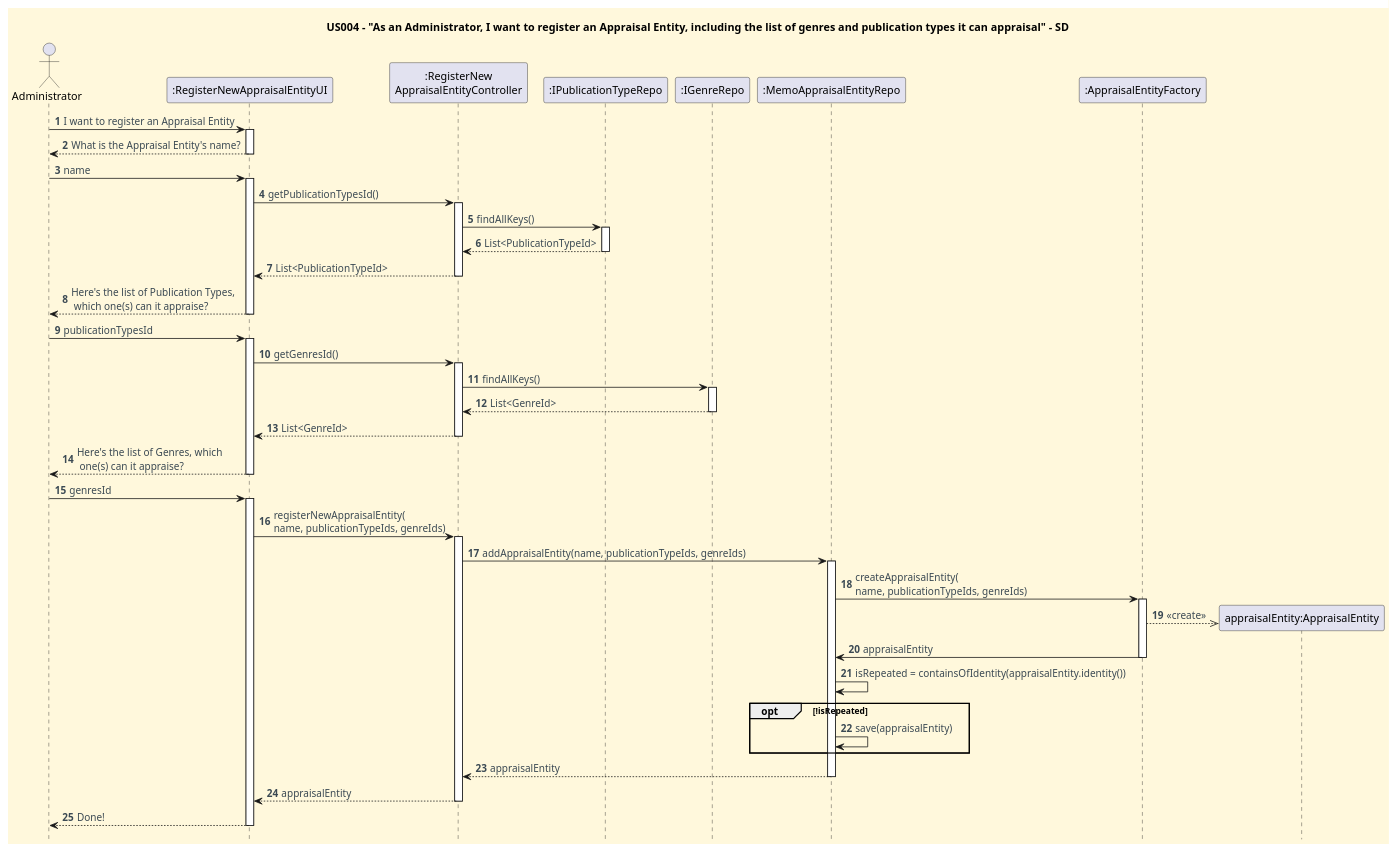
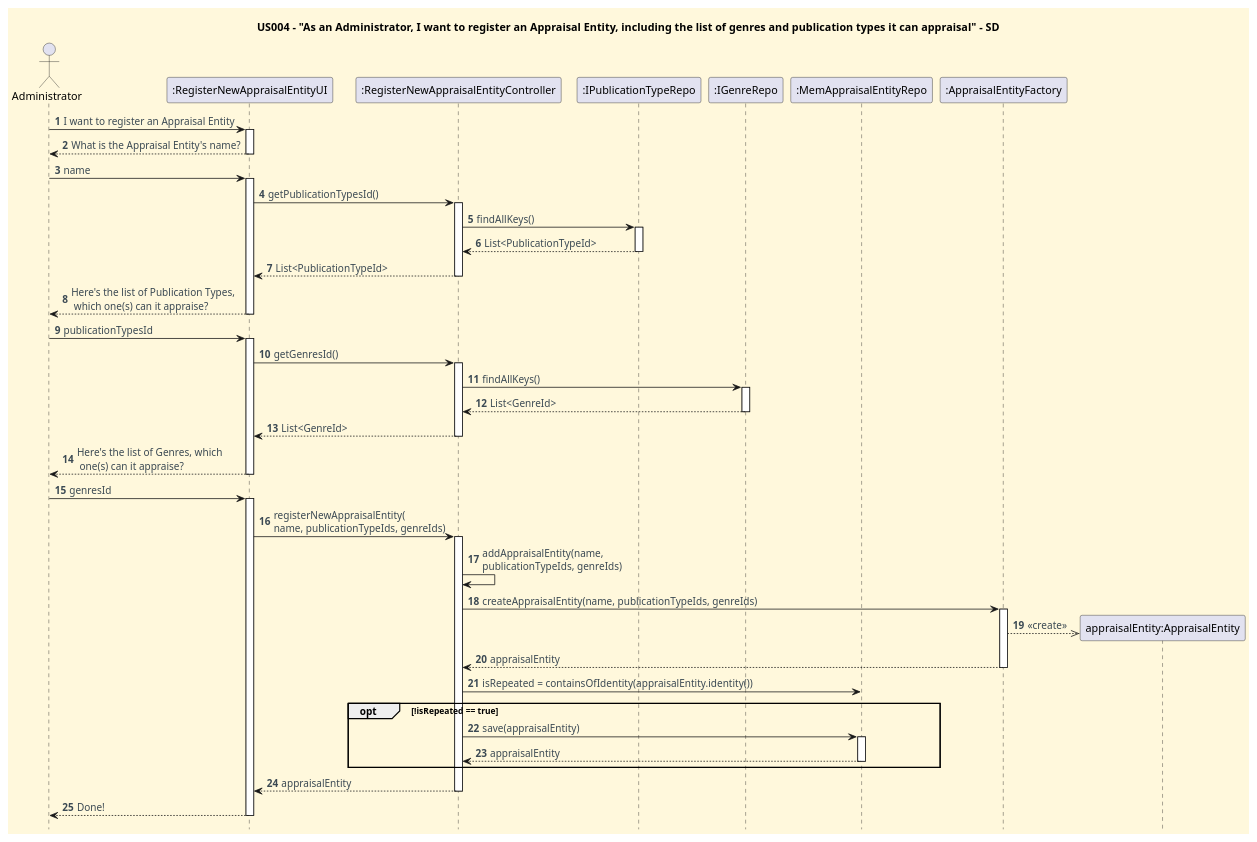
Before and after one commit to CarolinaLeite-collab/JavaMarketplacePlatform: the diagram in docs/user-stories/US004/US004_register_new_appraisal_entity_SD.puml, drawn with PlantUML. The commit also changed 1 other file, not shown here.

Commit message:
docs: updated AddAppraisalEntity method usage from Repository to RegisterNewAppraisalEntityController in SD and CD diagrams - closes #601

```diff
--- a/docs/user-stories/US004/US004_register_new_appraisal_entity_SD.puml
+++ b/docs/user-stories/US004/US004_register_new_appraisal_entity_SD.puml
@@ -1,95 +1,98 @@
 @startuml
 '==== Title ====
 title US004 - "As an Administrator, I want to register an Appraisal Entity, including the list of genres and publication types it can appraisal" - SD
 
 
 '==== basic style ====
 skinparam monochrome false
 skinparam shadowing false
 skinparam defaultFontName Futura
 skinparam objectFontSize 20
 skinparam backgroundColor CornSilk
 skinparam objectBackgroundColor WhiteSmoke
 skinparam noteBackgroundColor #FFFFE0
 skinparam ArrowFontColor #3B4953
 skinparam ActivationBackgroundColor black
 hidefootbox
 autonumber
 
 
 ' ==== Actor and participants ====
 actor Administrator
 participant ":RegisterNewAppraisalEntityUI" as UI
-participant ":RegisterNew\nAppraisalEntityController" as CTL
+participant ":RegisterNewAppraisalEntityController" as CTL
 participant ":IPublicationTypeRepo" as PTR
 participant ":IGenreRepo" as grRepo
-participant ":MemoAppraisalEntityRepo" as aeRepo
+participant ":MemAppraisalEntityRepo" as aeRepo
 participant ":AppraisalEntityFactory" as Factory
 
 
 '==== UI interaction ====
 Administrator -> UI: I want to register an Appraisal Entity
 activate UI
 UI --> Administrator: What is the Appraisal Entity's name?
 deactivate UI
 Administrator -> UI: name
 activate UI
 
 '==== Use case execution ====
 UI -> CTL: getPublicationTypesId()
 activate CTL
 CTL -> PTR: findAllKeys()
 activate PTR
 PTR --> CTL: List<PublicationTypeId>
 deactivate PTR
 CTL --> UI: List<PublicationTypeId>
 deactivate CTL
 
 UI --> Administrator: Here's the list of Publication Types, \n which one(s) can it appraise?
 deactivate UI
 
 Administrator -> UI: publicationTypesId
 activate UI
 UI -> CTL: getGenresId()
 activate CTL
 CTL -> grRepo: findAllKeys()
 activate grRepo
 grRepo --> CTL: List<GenreId>
 deactivate grRepo
 CTL --> UI: List<GenreId>
 deactivate CTL
 
 UI --> Administrator: Here's the list of Genres, which \n one(s) can it appraise?
 deactivate UI
 
 Administrator -> UI: genresId
 activate UI
 UI -> CTL: registerNewAppraisalEntity(\nname, publicationTypeIds, genreIds)
 activate CTL
-CTL -> aeRepo: addAppraisalEntity(name, publicationTypeIds, genreIds)
-activate aeRepo
 
-aeRepo -> Factory: createAppraisalEntity(\nname, publicationTypeIds, genreIds)
+CTL -> CTL: addAppraisalEntity(name, \npublicationTypeIds, genreIds)
+
+CTL -> Factory: createAppraisalEntity(name, publicationTypeIds, genreIds)
 create "appraisalEntity:AppraisalEntity"
 
 activate Factory
 Factory -->> "appraisalEntity:AppraisalEntity": <<create>>
-Factory -> aeRepo: appraisalEntity
+Factory --> CTL: appraisalEntity
 deactivate Factory
 
-aeRepo -> aeRepo : isRepeated = containsOfIdentity(appraisalEntity.identity())
+deactivate aeRepo
 
-opt !isRepeated
+CTL -> aeRepo : isRepeated = containsOfIdentity(appraisalEntity.identity())
 
-        aeRepo -> aeRepo : save(appraisalEntity)
+opt !isRepeated == true
+
+        CTL -> aeRepo : save(appraisalEntity)
+        activate aeRepo
+        CTL <-- aeRepo : appraisalEntity
+        deactivate aeRepo
 
     end
 
-aeRepo --> CTL: appraisalEntity
-deactivate aeRepo
 CTL --> UI: appraisalEntity
 deactivate CTL
 UI --> Administrator: Done!
 deactivate UI
 
 @enduml
```
